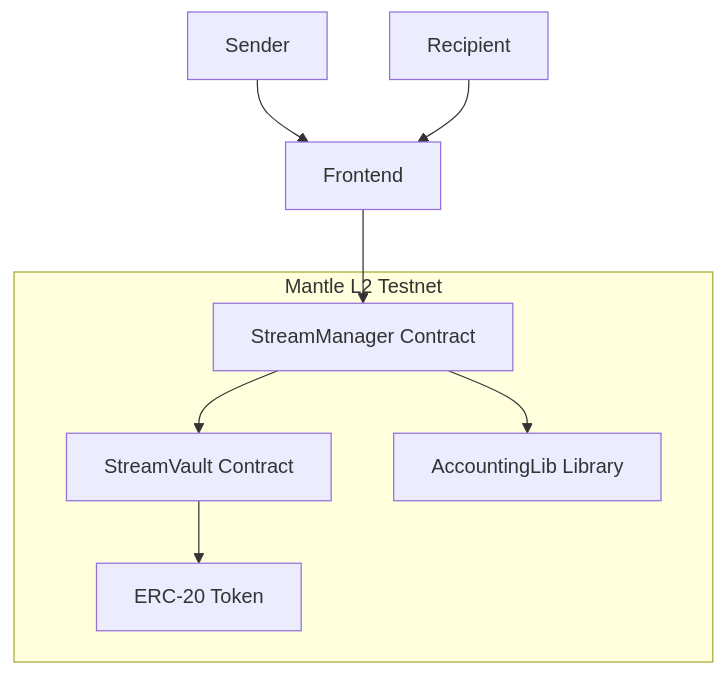
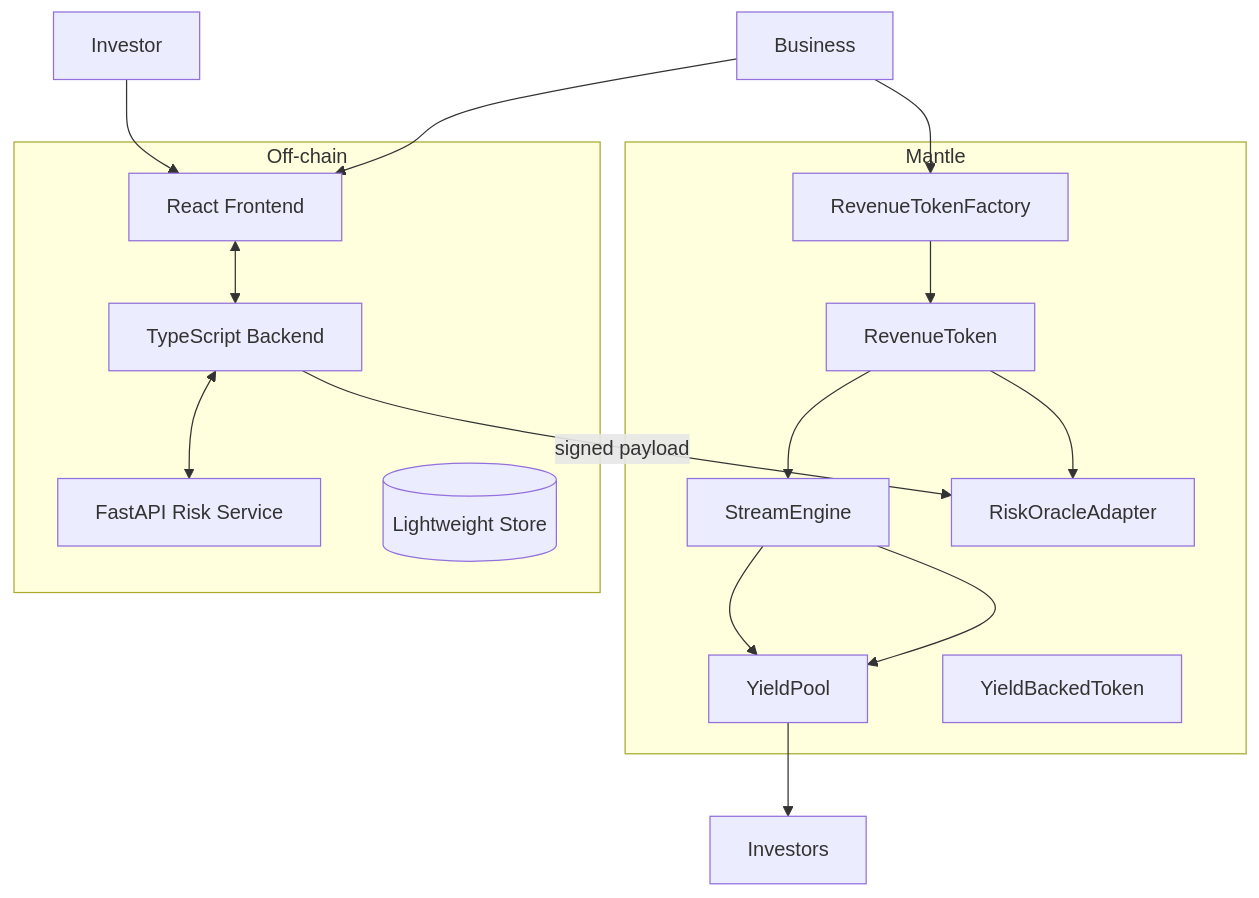
One commit to Martins-O/StreamPay-Mantle changed the diagram in README.md. Above: the diagram before and after it, drawn with Mermaid. The commit also changed other lines of this file and 32 other files, not shown here.

````diff
--- a/README.md
+++ b/README.md
@@ -21,17 +13,27 @@
 ```mermaid
-graph TB
-    A[Frontend] --> B[StreamManager Contract]
-    B --> C[StreamVault Contract]
-    B --> D[AccountingLib Library]
-    C --> E[ERC-20 Token]
-
-    subgraph "Mantle L2 Testnet"
-        B
-        C
-        D
-        E
+graph TD
+    subgraph Mantle
+        RF[RevenueTokenFactory]
+        RT[RevenueToken]
+        SE[StreamEngine]
+        YP[YieldPool]
+        YBT[YieldBackedToken]
+        RO[RiskOracleAdapter]
     end
 
-    F[Sender] --> A
-    G[Recipient] --> A
+    subgraph Off-chain
+        FE[React Frontend]
+        BE[TypeScript Backend]
+        AI[FastAPI Risk Service]
+        DB[(Lightweight Store)]
+    end
+
+    Business --> FE
+    Investor --> FE
+    FE <--> BE
+    BE <--> AI
+    BE -->|signed payload| RO
+    Business --> RF --> RT --> SE --> YP
+    RT --> RO
+    SE --> YP --> InvestFlow[Investors]
 ```
````
